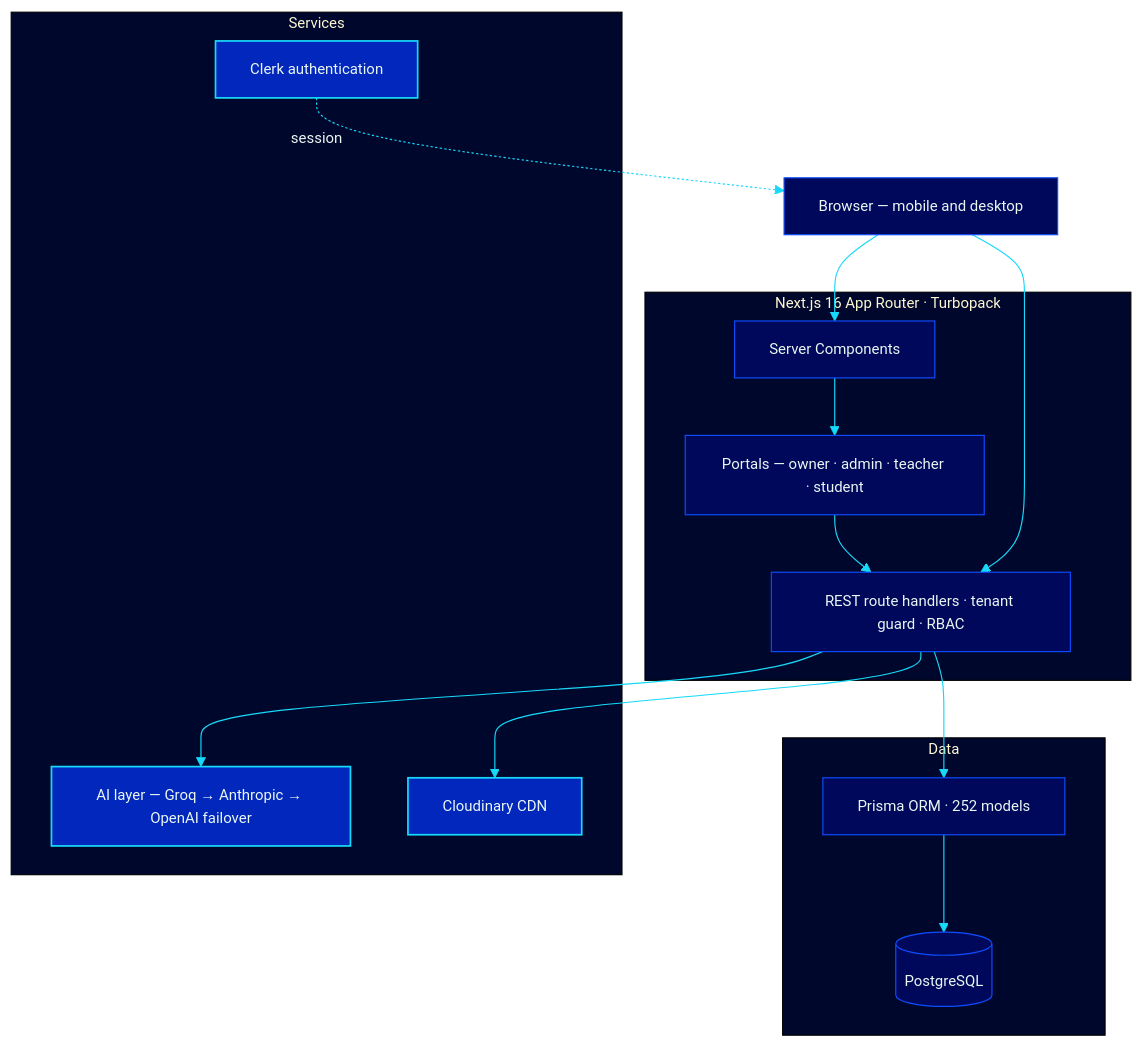
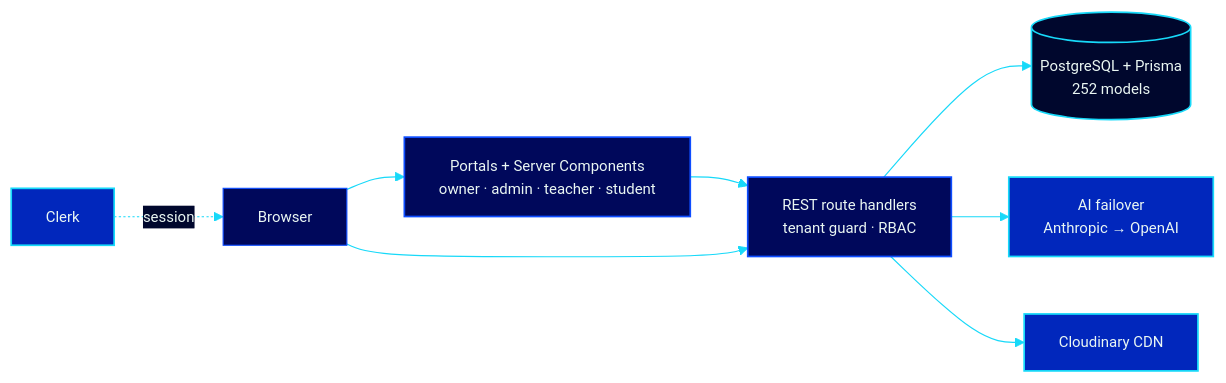
Before and after one commit to Claytonee/Leora-School-Assistant-Showcase: the diagram in README.md, drawn with Mermaid. The commit also changed other lines of this file and 1 other file, not shown here.

Commit message:
Drop Groq, repair the isolation caption, size the flowchart to its frame
Groq is not in the stack. The AI layer is Anthropic then OpenAI; removed
from the module table, the flowchart and the stack table.

The isolation panel caption had nested inside itself - a sed replacement
containing an unescaped ampersand, which sed expands to the whole match.
Rewritten as a single line.

The previous commit restacked the flowchart top-to-bottom on the theory
that the README column constrains width. It does not: GitHub renders
mermaid in a fixed 839x292 frame, so a diagram fits at min(839/w, 292/h)
and a tall diagram is punished, not rewarded. Measured against that
frame:

  LR, four clusters (original)   1959x463   43%   13px label -> 5.6px
  TB, three clusters (previous)   989x905   32%   13px label -> 4.2px
  LR, colour-coded layers (now)  1069x327   79%   13px label -> 10.2px

Clusters are what made it wide, so layers are shown by node colour
instead of by boxes, and the data nodes are merged. Labels now render
about 1.8x larger than they did originally.

````diff
--- a/README.md
+++ b/README.md
@@ -44,30 +44,16 @@
 ```mermaid
 %%{init: { "theme": "base", "themeVariables": { "primaryColor": "#00085B", "primaryTextColor": "#EAF7F3", "primaryBorderColor": "#0E4DFF", "lineColor": "#17D9F9", "secondaryColor": "#0127BC", "tertiaryColor": "#00072D", "clusterBkg": "#00072D", "edgeLabelBackground": "#00072D", "fontSize": "13px" } }}%%
-flowchart TB
-    B["Browser — mobile and desktop"]
-    subgraph APP["Next.js 16 App Router · Turbopack"]
-        RSC["Server Components"]
-        P["Portals — owner · admin · teacher · student"]
-        API["REST route handlers · tenant guard · RBAC"]
-    end
-    subgraph DATA["Data"]
-        PR["Prisma ORM · 252 models"]
-        PG[("PostgreSQL")]
-    end
-    subgraph SVC["Services"]
-        CK["Clerk authentication"]
-        AI["AI layer — Groq → Anthropic → OpenAI failover"]
-        CDN["Cloudinary CDN"]
-    end
-    B --> RSC
-    RSC --> P
-    P --> API
+flowchart LR
+    B["Browser"] --> P["Portals + Server Components<br/>owner · admin · teacher · student"] --> API["REST route handlers<br/>tenant guard · RBAC"]
     B --> API
-    API --> PR
-    PR --> PG
-    API --> AI
-    API --> CDN
-    CK -. session .-> B
+    API --> PR[("PostgreSQL + Prisma<br/>252 models")]
+    API --> AI["AI failover<br/>Anthropic → OpenAI"]
+    API --> CDN["Cloudinary CDN"]
+    CK["Clerk"] -. session .-> B
+    classDef app fill:#00085B,stroke:#0E4DFF,color:#EAF7F3,stroke-width:1.5px;
+    classDef data fill:#00072D,stroke:#17D9F9,color:#EAF7F3,stroke-width:1.5px;
     classDef svc fill:#0127BC,stroke:#17D9F9,color:#EAF7F3,stroke-width:1.5px;
+    class P,API app;
+    class PR data;
     class CK,AI,CDN svc;
 ```
````
